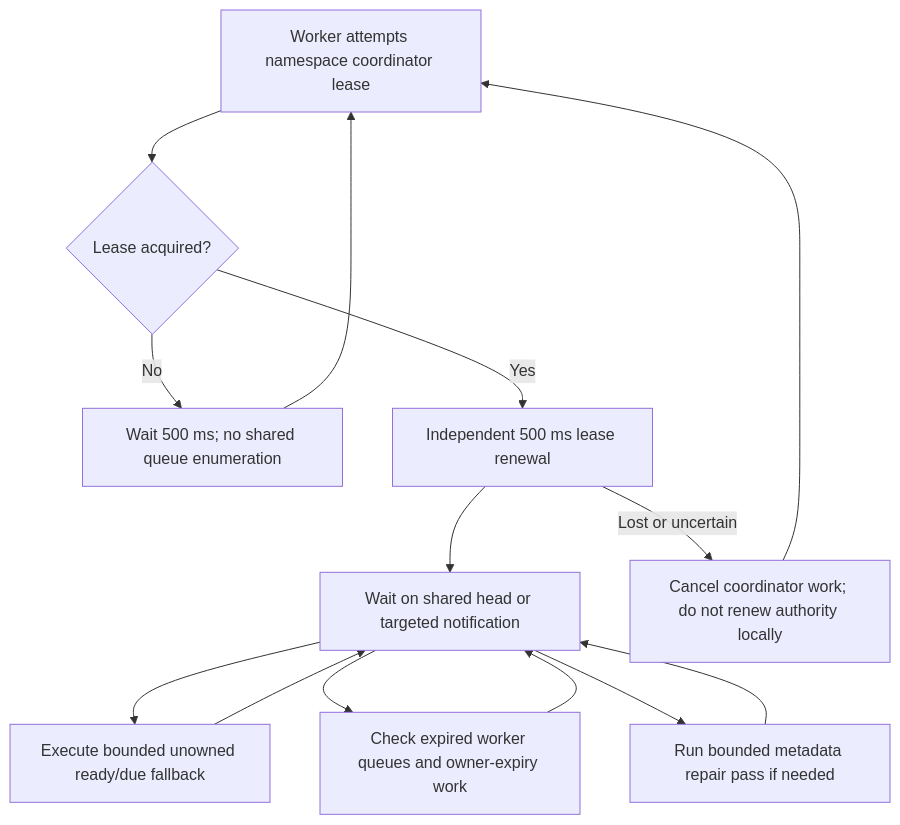
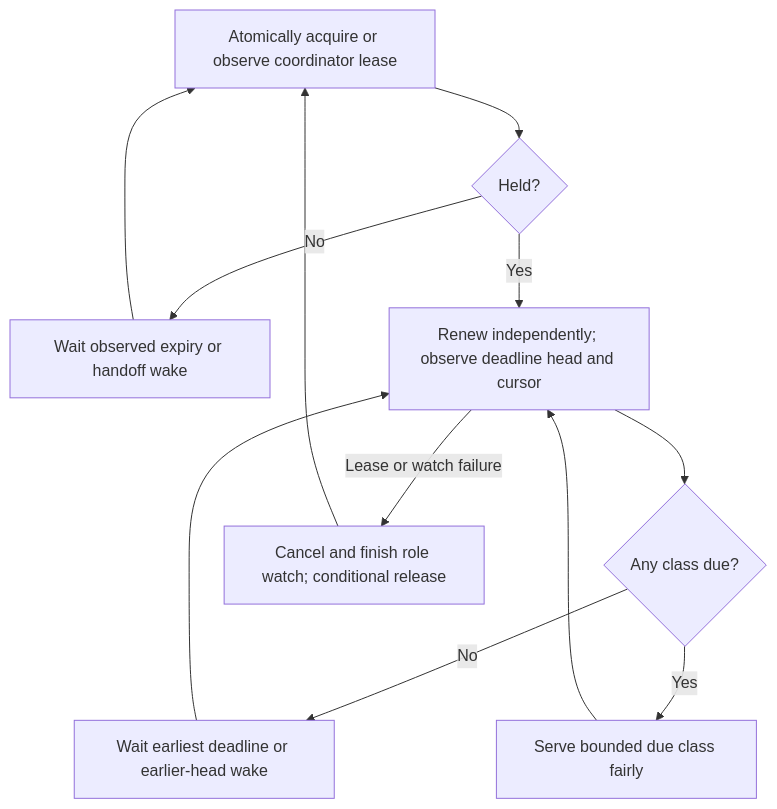
The third of 6 diagrams in docs/operations/lifecycle.md (zyno-io/sipbridge), drawn with Mermaid before and after one commit. The commit also changed other lines of this file and 30 other files, not shown here.

````diff
--- a/docs/operations/lifecycle.md
+++ b/docs/operations/lifecycle.md
@@ -106,16 +70,14 @@
 ```mermaid
 flowchart TD
-    A[Worker attempts namespace coordinator lease] --> B{Lease acquired?}
-    B -- No --> C[Wait 500 ms; no shared queue enumeration]
+    A[Atomically acquire or observe coordinator lease] --> B{Held?}
+    B -- No --> C[Wait observed expiry or handoff wake]
     C --> A
-    B -- Yes --> D[Independent 500 ms lease renewal]
-    D --> E[Wait on shared head or targeted notification]
-    E --> F[Execute bounded unowned ready/due fallback]
-    E --> G[Check expired worker queues and owner-expiry work]
-    E --> H[Run bounded metadata repair pass if needed]
-    F --> E
-    G --> E
-    H --> E
-    D -- Lost or uncertain --> I[Cancel coordinator work; do not renew authority locally]
-    I --> A
+    B -- Yes --> D[Renew independently; observe deadline head and cursor]
+    D --> E{Any class due?}
+    E -- No --> F[Wait earliest deadline or earlier-head wake]
+    F --> D
+    E -- Yes --> G[Serve bounded due class fairly]
+    G --> D
+    D -- Lease or watch failure --> H[Cancel and finish role watch; conditional release]
+    H --> A
 ```
````
